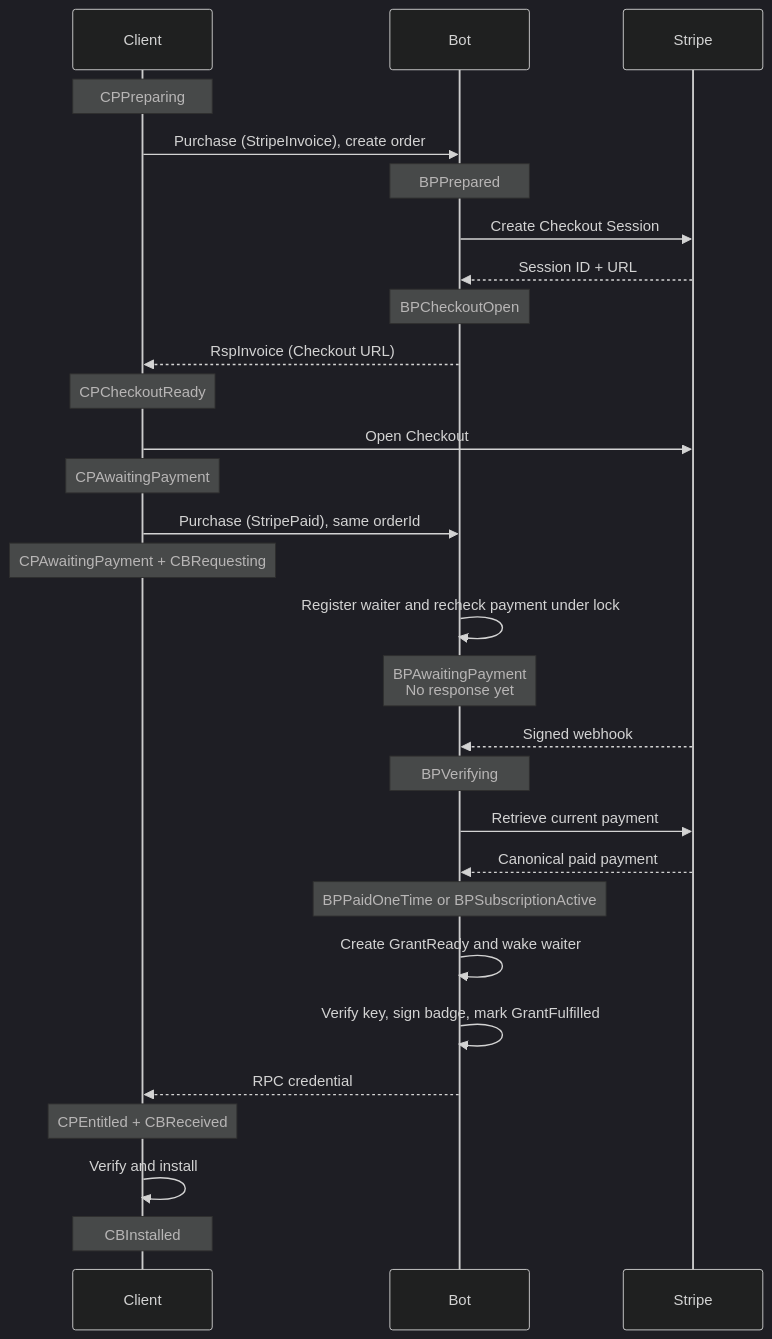
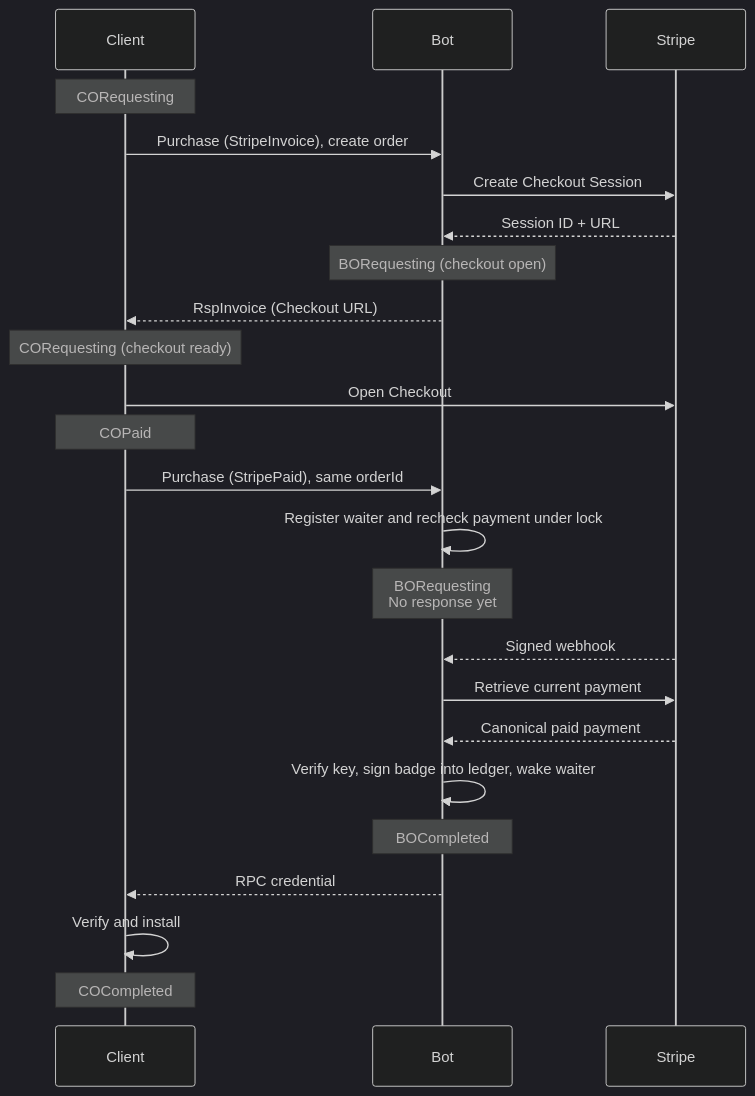
Before and after one commit to simplex-chat/simplex-chat: the seventh of 9 diagrams in plans/2026-07-20-supporter-badges-v2-implementation.md, drawn with Mermaid (dark theme). The commit also changed other lines of this file and 4 other files, not shown here.

````diff
--- a/plans/2026-07-20-supporter-badges-v2-implementation.md
+++ b/plans/2026-07-20-supporter-badges-v2-implementation.md
@@ -590,31 +327,26 @@
 ```mermaid
 sequenceDiagram
   participant C as Client
   participant B as Bot
   participant S as Stripe
-  Note over C: CPPreparing
+  Note over C: CORequesting
   C->>B: Purchase (StripeInvoice), create order
-  Note over B: BPPrepared
   B->>S: Create Checkout Session
   S-->>B: Session ID + URL
-  Note over B: BPCheckoutOpen
+  Note over B: BORequesting (checkout open)
   B-->>C: RspInvoice (Checkout URL)
-  Note over C: CPCheckoutReady
+  Note over C: CORequesting (checkout ready)
   C->>S: Open Checkout
-  Note over C: CPAwaitingPayment
+  Note over C: COPaid
   C->>B: Purchase (StripePaid), same orderId
-  Note over C: CPAwaitingPayment + CBRequesting
   B->>B: Register waiter and recheck payment under lock
-  Note over B: BPAwaitingPayment<br/>No response yet
+  Note over B: BORequesting<br/>No response yet
   S-->>B: Signed webhook
-  Note over B: BPVerifying
   B->>S: Retrieve current payment
   S-->>B: Canonical paid payment
-  Note over B: BPPaidOneTime or BPSubscriptionActive
-  B->>B: Create GrantReady and wake waiter
-  B->>B: Verify key, sign badge, mark GrantFulfilled
+  B->>B: Verify key, sign badge into ledger, wake waiter
+  Note over B: BOCompleted
   B-->>C: RPC credential
-  Note over C: CPEntitled + CBReceived
   C->>C: Verify and install
-  Note over C: CBInstalled
+  Note over C: COCompleted
 ```
````
